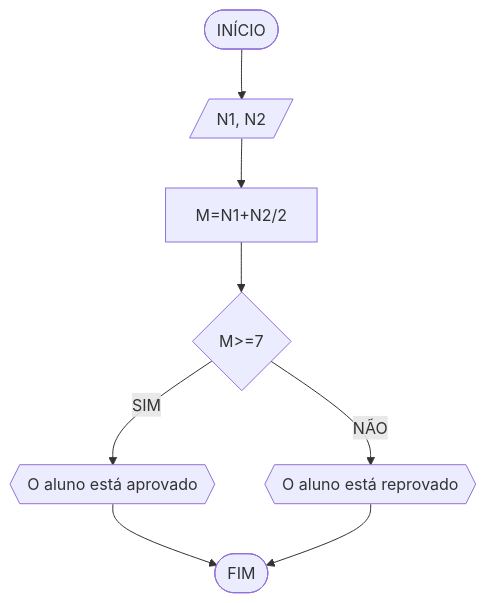
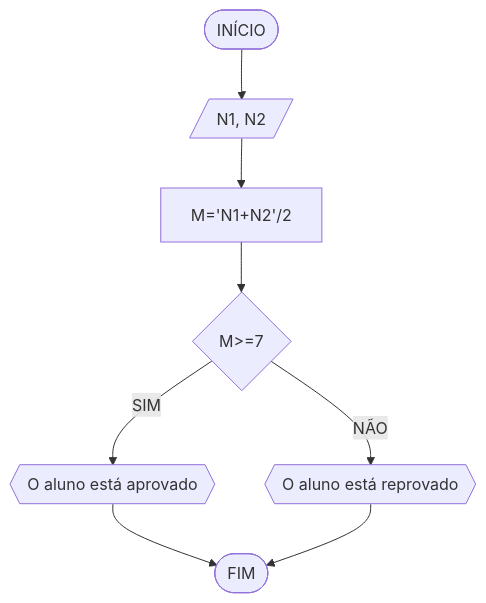
Before and after one commit to Davicesmeraldo/UNIFOR: the first of 4 diagrams in RLA/lista_exercícios.md, drawn with Mermaid.

````diff
--- a/RLA/lista_exercícios.md
+++ b/RLA/lista_exercícios.md
@@ -9,10 +9,10 @@
 ```mermaid
 flowchart TD
 A([INÍCIO]) --> B[/N1, N2/]
-B --> C[M=N1+N2/2]
+B --> C[M='N1+N2'/2]
 C --> D{M>=7}
 D --NÃO--> E{{O aluno está reprovado}}
 D --SIM--> F{{O aluno está aprovado}}
 F --> G([FIM])
 E --> G
 ```
````
